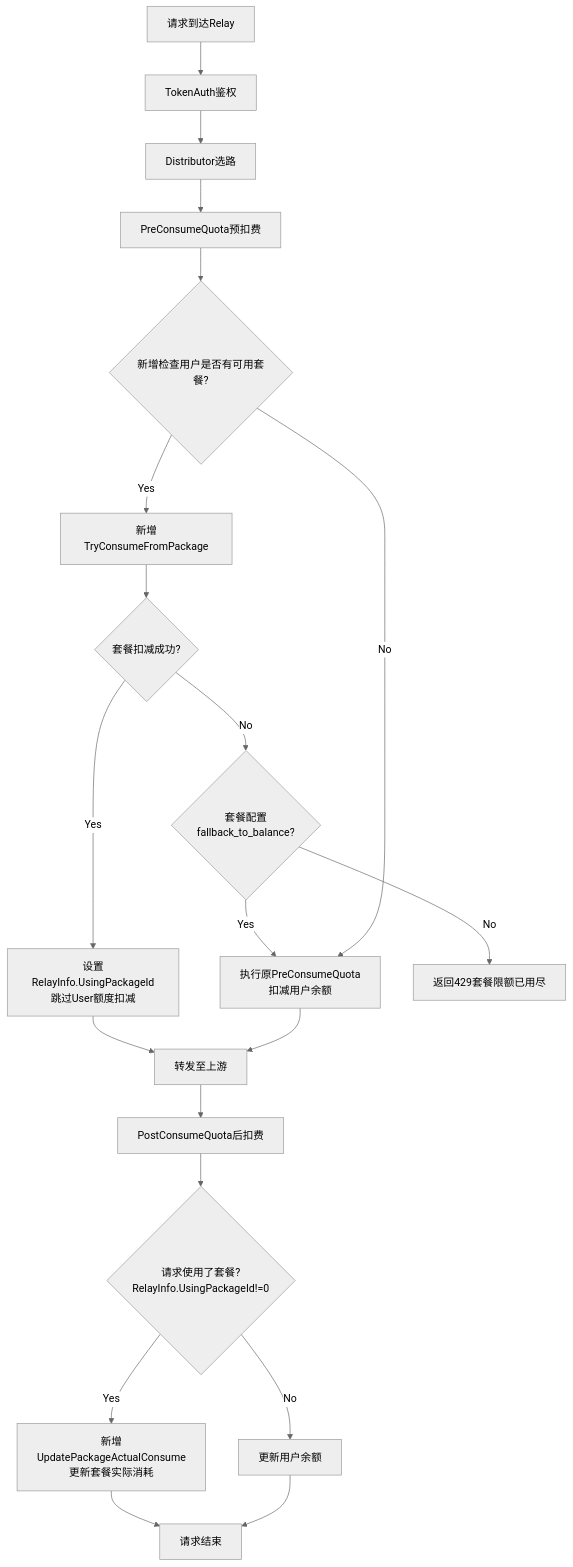
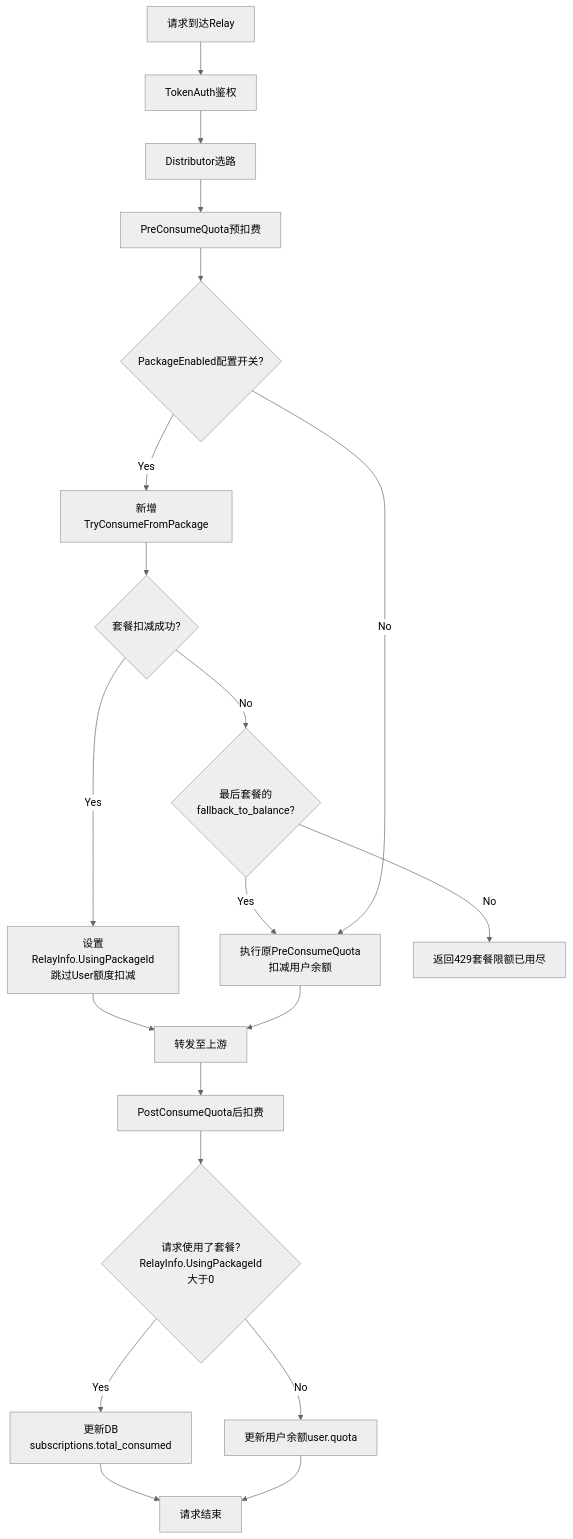
The fourth of 7 diagrams in docs/NewAPI-支持多种包月套餐-优化版.md (WoolenWang/new-api), drawn with Mermaid (neutral theme) before and after one commit. The commit also changed other lines of this file, not shown here.

````diff
--- a/docs/NewAPI-支持多种包月套餐-优化版.md
+++ b/docs/NewAPI-支持多种包月套餐-优化版.md
@@ -652,32 +883,32 @@
 ```mermaid
 flowchart TD
     Start["请求到达Relay"] --> TokenAuth["TokenAuth鉴权"]
     TokenAuth --> Distributor["Distributor选路"]
     Distributor --> PreConsume["PreConsumeQuota预扣费"]
 
-    PreConsume --> CheckPackage{"新增检查用户是否有可用套餐?"}
+    PreConsume --> CheckPackageEnabled{"PackageEnabled配置开关?"}
 
-    CheckPackage -- Yes --> TryPackage["新增TryConsumeFromPackage"]
+    CheckPackageEnabled -- Yes --> TryPackage["新增TryConsumeFromPackage"]
     TryPackage --> PackageSuccess{"套餐扣减成功?"}
 
     PackageSuccess -- Yes --> SetContext["设置RelayInfo.UsingPackageId<br>跳过User额度扣减"]
     SetContext --> RelayForward["转发至上游"]
 
-    PackageSuccess -- No --> CheckFallback{"套餐配置<br>fallback_to_balance?"}
+    PackageSuccess -- No --> CheckFallback{"最后套餐的<br>fallback_to_balance?"}
     CheckFallback -- Yes --> OriginalPreConsume["执行原PreConsumeQuota<br>扣减用户余额"]
     CheckFallback -- No --> ReturnError["返回429套餐限额已用尽"]
 
-    CheckPackage -- No --> OriginalPreConsume
+    CheckPackageEnabled -- No --> OriginalPreConsume
 
     OriginalPreConsume --> RelayForward
 
     RelayForward --> PostConsume["PostConsumeQuota后扣费"]
 
-    PostConsume --> UsedPackage{"请求使用了套餐?<br>RelayInfo.UsingPackageId!=0"}
+    PostConsume --> UsedPackage{"请求使用了套餐?<br>RelayInfo.UsingPackageId大于0"}
 
-    UsedPackage -- Yes --> UpdatePackage["新增UpdatePackageActualConsume<br>更新套餐实际消耗"]
-    UsedPackage -- No --> UpdateUser["更新用户余额"]
+    UsedPackage -- Yes --> UpdatePackageDB["更新DB<br>subscriptions.total_consumed"]
+    UsedPackage -- No --> UpdateUser["更新用户余额user.quota"]
 
-    UpdatePackage --> End["请求结束"]
+    UpdatePackageDB --> End["请求结束"]
     UpdateUser --> End
 ```
````
